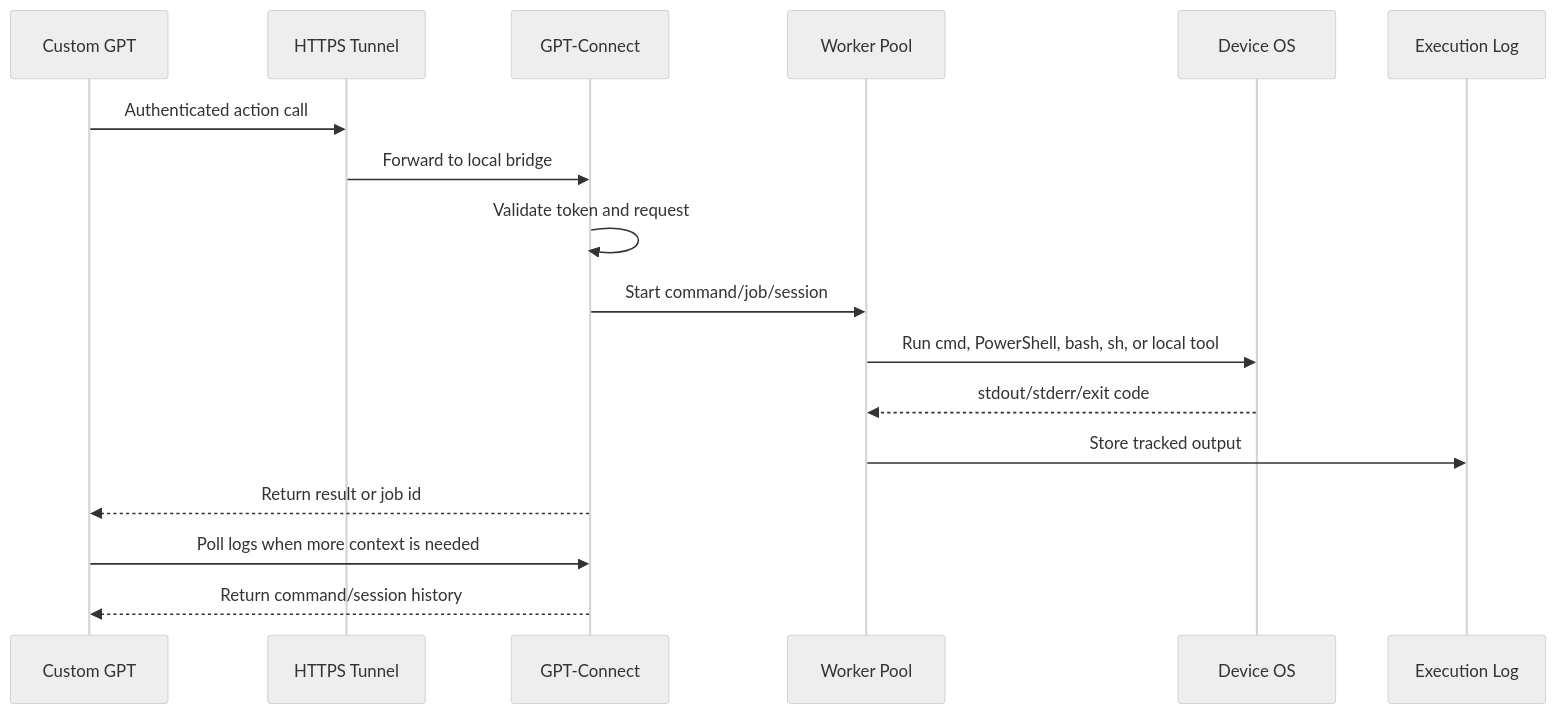
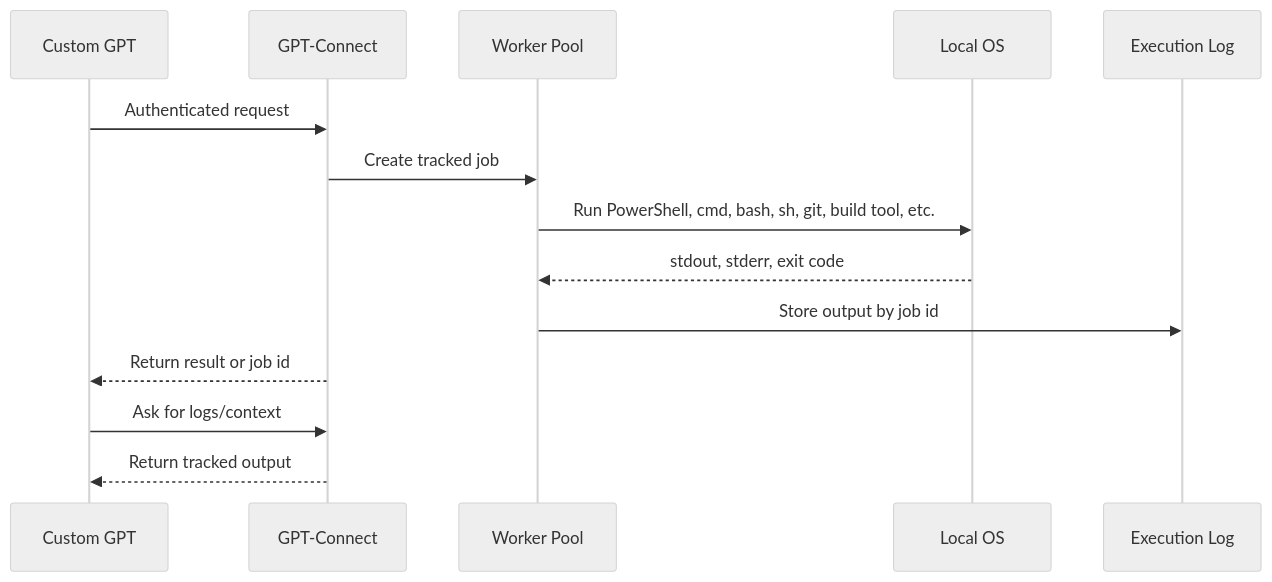
The second of 3 diagrams in README.md (shahidx0x/gpt-connector), drawn with Mermaid (neutral theme) before and after one commit. The commit also changed other lines of this file, not shown here.

````diff
--- a/README.md
+++ b/README.md
@@ -109,20 +92,17 @@
 ```mermaid
 sequenceDiagram
     participant GPT as Custom GPT
-    participant Tunnel as HTTPS Tunnel
     participant App as GPT-Connect
     participant Pool as Worker Pool
-    participant OS as Device OS
+    participant OS as Local OS
     participant Log as Execution Log
 
-    GPT->>Tunnel: Authenticated action call
-    Tunnel->>App: Forward to local bridge
-    App->>App: Validate token and request
-    App->>Pool: Start command/job/session
-    Pool->>OS: Run cmd, PowerShell, bash, sh, or local tool
-    OS-->>Pool: stdout/stderr/exit code
-    Pool->>Log: Store tracked output
+    GPT->>App: Authenticated request
+    App->>Pool: Create tracked job
+    Pool->>OS: Run PowerShell, cmd, bash, sh, git, build tool, etc.
+    OS-->>Pool: stdout, stderr, exit code
+    Pool->>Log: Store output by job id
     App-->>GPT: Return result or job id
-    GPT->>App: Poll logs when more context is needed
-    App-->>GPT: Return command/session history
+    GPT->>App: Ask for logs/context
+    App-->>GPT: Return tracked output
 ```
````
